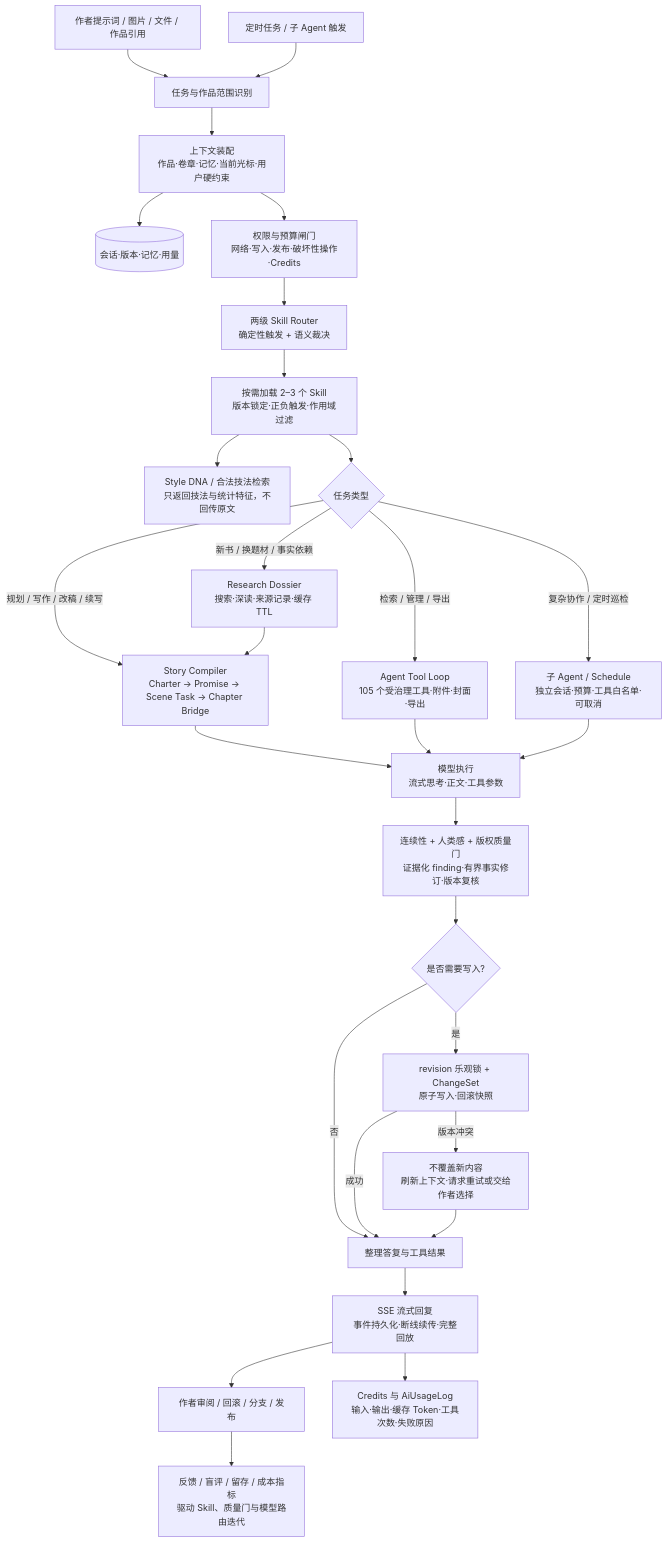
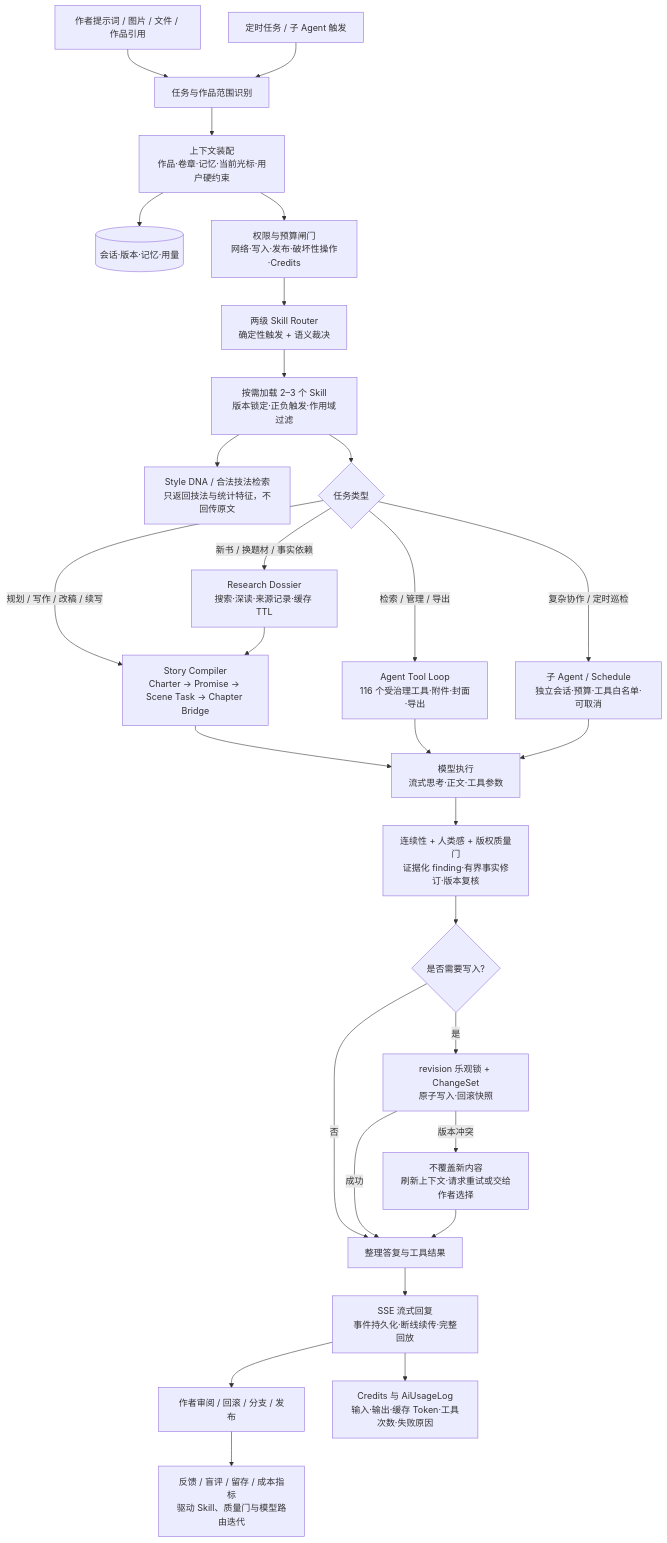
The first of 2 diagrams in data/readmes/Xcy8010__Chevoink.md (zqf20096327/dbhub_collect), drawn with Mermaid before and after one commit. The commit also changed other lines of this file and 538 other files, not shown here.

````diff
--- a/data/readmes/Xcy8010__Chevoink.md
+++ b/data/readmes/Xcy8010__Chevoink.md
@@ -62,31 +71,31 @@
 ```mermaid
 flowchart TD
   A[作者提示词 / 图片 / 文件 / 作品引用] --> B[任务与作品范围识别]
   T[定时任务 / 子 Agent 触发] --> B
   B --> C[上下文装配<br/>作品·卷章·记忆·当前光标·用户硬约束]
   C --> C1[(会话·版本·记忆·用量)]
   C --> D[权限与预算闸门<br/>网络·写入·发布·破坏性操作·Credits]
   D --> E[两级 Skill Router<br/>确定性触发 + 语义裁决]
   E --> F[按需加载 2–3 个 Skill<br/>版本锁定·正负触发·作用域过滤]
   F --> F1[Style DNA / 合法技法检索<br/>只返回技法与统计特征，不回传原文]
   F --> G{任务类型}
   G -->|新书 / 换题材 / 事实依赖| H[Research Dossier<br/>搜索·深读·来源记录·缓存 TTL]
   G -->|规划 / 写作 / 改稿 / 续写| I[Story Compiler<br/>Charter → Promise → Scene Task → Chapter Bridge]
-  G -->|检索 / 管理 / 导出| J[Agent Tool Loop<br/>105 个受治理工具·附件·封面·导出]
+  G -->|检索 / 管理 / 导出| J[Agent Tool Loop<br/>116 个受治理工具·附件·封面·导出]
   G -->|复杂协作 / 定时巡检| K[子 Agent / Schedule<br/>独立会话·预算·工具白名单·可取消]
   H --> I
   I --> L[模型执行<br/>流式思考·正文·工具参数]
   J --> L
   K --> L
   L --> M[连续性 + 人类感 + 版权质量门<br/>证据化 finding·有界事实修订·版本复核]
   M --> N{是否需要写入?}
   N -->|否| O[整理答复与工具结果]
   N -->|是| P[revision 乐观锁 + ChangeSet<br/>原子写入·回滚快照]
   P -->|成功| O
   P -->|版本冲突| Q[不覆盖新内容<br/>刷新上下文·请求重试或交给作者选择]
   Q --> O
   O --> R[SSE 流式回复<br/>事件持久化·断线续传·完整回放]
   R --> S[作者审阅 / 回滚 / 分支 / 发布]
   R --> U[Credits 与 AiUsageLog<br/>输入·输出·缓存 Token·工具次数·失败原因]
   S --> V[反馈 / 盲评 / 留存 / 成本指标<br/>驱动 Skill、质量门与模型路由迭代]
 ```
````
